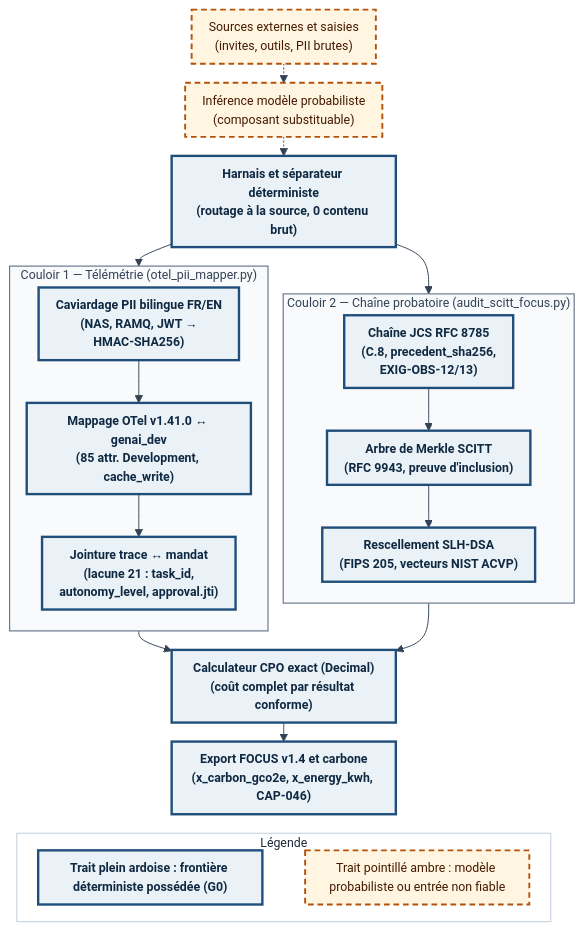
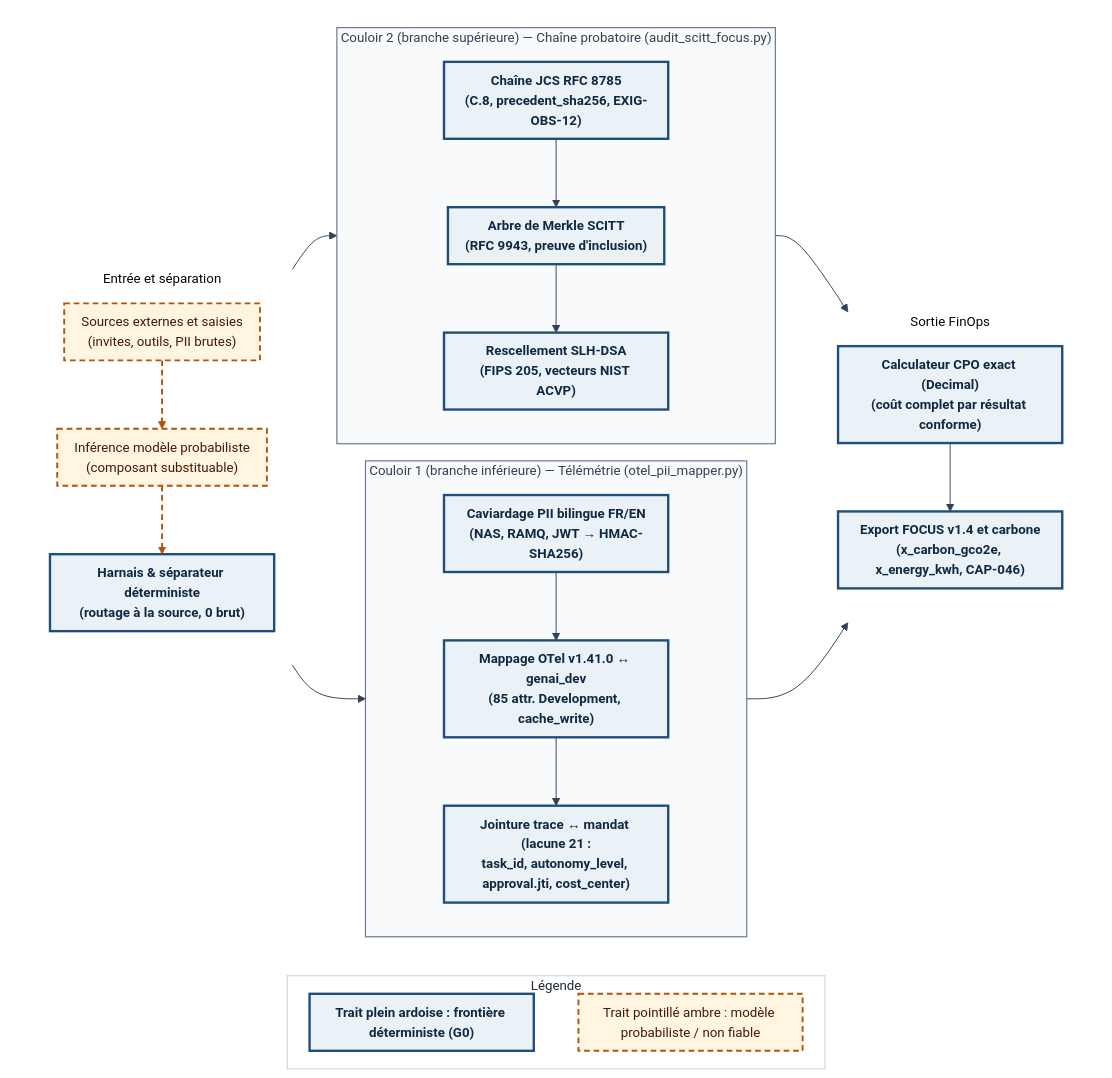
Before and after one commit to agbruneau/Agentique: the diagram in 8 - Manuel/diagrammes/Fig-04.mmd, drawn with Mermaid. The commit also changed 42 other files, not shown here.

```diff
--- a/8 - Manuel/diagrammes/Fig-04.mmd
+++ b/8 - Manuel/diagrammes/Fig-04.mmd
@@ -1,46 +1,59 @@
-%%{init: {'theme': 'base', 'themeVariables': {'fontFamily': 'DejaVu Sans', 'fontSize': '13px', 'lineColor': '#334155', 'edgeLabelBackground': '#FFFFFF', 'primaryTextColor': '#0F2942'}, 'flowchart': {'nodeSpacing': 16, 'rankSpacing': 20, 'padding': 9}}}%%
+%%{init: {'theme': 'base', 'themeVariables': {'fontFamily': 'DejaVu Sans', 'fontSize': '14px', 'lineColor': '#334155', 'edgeLabelBackground': '#FFFFFF', 'primaryTextColor': '#0F2942'}, 'flowchart': {'nodeSpacing': 18, 'rankSpacing': 22, 'padding': 9}}}%%
 flowchart TB
-  EXT["Sources externes et saisies<br/>(invites, outils, PII brutes)"]:::prob
-  INF["Inférence modèle probabiliste<br/>(composant substituable)"]:::prob
-  SPLIT["Harnais et séparateur déterministe<br/>(routage à la source, 0 contenu brut)"]:::det
+  subgraph FLOW[" "]
+    direction LR
+    subgraph INP["Entrée et séparation"]
+      direction TB
+      EXT["Sources externes et saisies<br/>(invites, outils, PII brutes)"]:::prob
+      INF["Inférence modèle probabiliste<br/>(composant substituable)"]:::prob
+      SPLIT["Harnais & séparateur déterministe<br/>(routage à la source, 0 brut)"]:::det
+      EXT -.-> INF -.-> SPLIT
+    end
 
-  subgraph C2["Couloir 2 — Chaîne probatoire (audit_scitt_focus.py)"]
-    direction TB
-    JCS["Chaîne JCS RFC 8785<br/>(C.8, precedent_sha256,<br/>EXIG-OBS-12/13)"]:::det
-    SCITT["Arbre de Merkle SCITT<br/>(RFC 9943, preuve d'inclusion)"]:::det
-    SLH["Rescellement SLH-DSA<br/>(FIPS 205, vecteurs NIST ACVP)"]:::det
-    JCS --> SCITT --> SLH
+    subgraph C1["Couloir 1 (branche inférieure) — Télémétrie (otel_pii_mapper.py)"]
+      direction TB
+      PII["Caviardage PII bilingue FR/EN<br/>(NAS, RAMQ, JWT → HMAC-SHA256)"]:::det
+      OTEL["Mappage OTel v1.41.0 ↔ genai_dev<br/>(85 attr. Development, cache_write)"]:::det
+      JOIN["Jointure trace ↔ mandat (lacune 21 :<br/>task_id, autonomy_level, approval.jti, cost_center)"]:::det
+      PII --> OTEL --> JOIN
+    end
+
+    subgraph C2["Couloir 2 (branche supérieure) — Chaîne probatoire (audit_scitt_focus.py)"]
+      direction TB
+      JCS["Chaîne JCS RFC 8785<br/>(C.8, precedent_sha256, EXIG-OBS-12)"]:::det
+      SCITT["Arbre de Merkle SCITT<br/>(RFC 9943, preuve d'inclusion)"]:::det
+      SLH["Rescellement SLH-DSA<br/>(FIPS 205, vecteurs NIST ACVP)"]:::det
+      JCS --> SCITT --> SLH
+    end
+
+    subgraph OUTP["Sortie FinOps"]
+      direction TB
+      CPO["Calculateur CPO exact (Decimal)<br/>(coût complet par résultat conforme)"]:::det
+      FOCUS["Export FOCUS v1.4 et carbone<br/>(x_carbon_gco2e, x_energy_kwh, CAP-046)"]:::det
+      CPO --> FOCUS
+    end
+
+    SPLIT --> PII
+    SPLIT --> JCS
+    JOIN --> CPO
+    SLH --> CPO
   end
-
-  subgraph C1["Couloir 1 — Télémétrie (otel_pii_mapper.py)"]
-    direction TB
-    PII["Caviardage PII bilingue FR/EN<br/>(NAS, RAMQ, JWT →<br/>HMAC-SHA256)"]:::det
-    OTEL["Mappage OTel v1.41.0 ↔ genai_dev<br/>(85 attr. Development, cache_write)"]:::det
-    JOIN["Jointure trace ↔ mandat<br/>(lacune 21 : task_id,<br/>autonomy_level, approval.jti)"]:::det
-    PII --> OTEL --> JOIN
-  end
-
-  CPO["Calculateur CPO exact (Decimal)<br/>(coût complet par résultat conforme)"]:::det
-  FOCUS["Export FOCUS v1.4 et carbone<br/>(x_carbon_gco2e, x_energy_kwh, CAP-046)"]:::det
 
   subgraph LEG["Légende"]
     direction LR
-    L_DET["Trait plein ardoise : frontière déterministe possédée (G0)"]:::det
-    L_PROB["Trait pointillé ambre : modèle probabiliste ou entrée non fiable"]:::prob
+    L_DET["Trait plein ardoise : frontière déterministe (G0)"]:::det
+    L_PROB["Trait pointillé ambre : modèle probabiliste / non fiable"]:::prob
     L_DET ~~~ L_PROB
   end
 
-  EXT -.-> INF
-  INF -.-> SPLIT
-  SPLIT --> JCS
-  SPLIT --> PII
-  SLH --> CPO
-  JOIN --> CPO
-  CPO --> FOCUS
-  FOCUS ~~~ L_DET
+  JOIN ~~~ L_DET
 
   classDef det fill:#EBF2F7,stroke:#1E4E79,stroke-width:2.5px,color:#0F2942,font-weight:bold
   classDef prob fill:#FFF5E0,stroke:#B45309,stroke-width:2px,stroke-dasharray:6 4,color:#451A03
+  style FLOW fill:#FFFFFF,stroke:none
+  style INP fill:#FFFFFF,stroke:none
+  style OUTP fill:#FFFFFF,stroke:none
   style C1 fill:#F8FAFC,stroke:#64748B,stroke-width:1.2px,color:#334155
   style C2 fill:#F8FAFC,stroke:#64748B,stroke-width:1.2px,color:#334155
   style LEG fill:#FFFFFF,stroke:#CBD5E1,stroke-width:1.2px,color:#1E293B
+  linkStyle 0,1 stroke:#B45309,stroke-width:2px,stroke-dasharray:6 4
```
